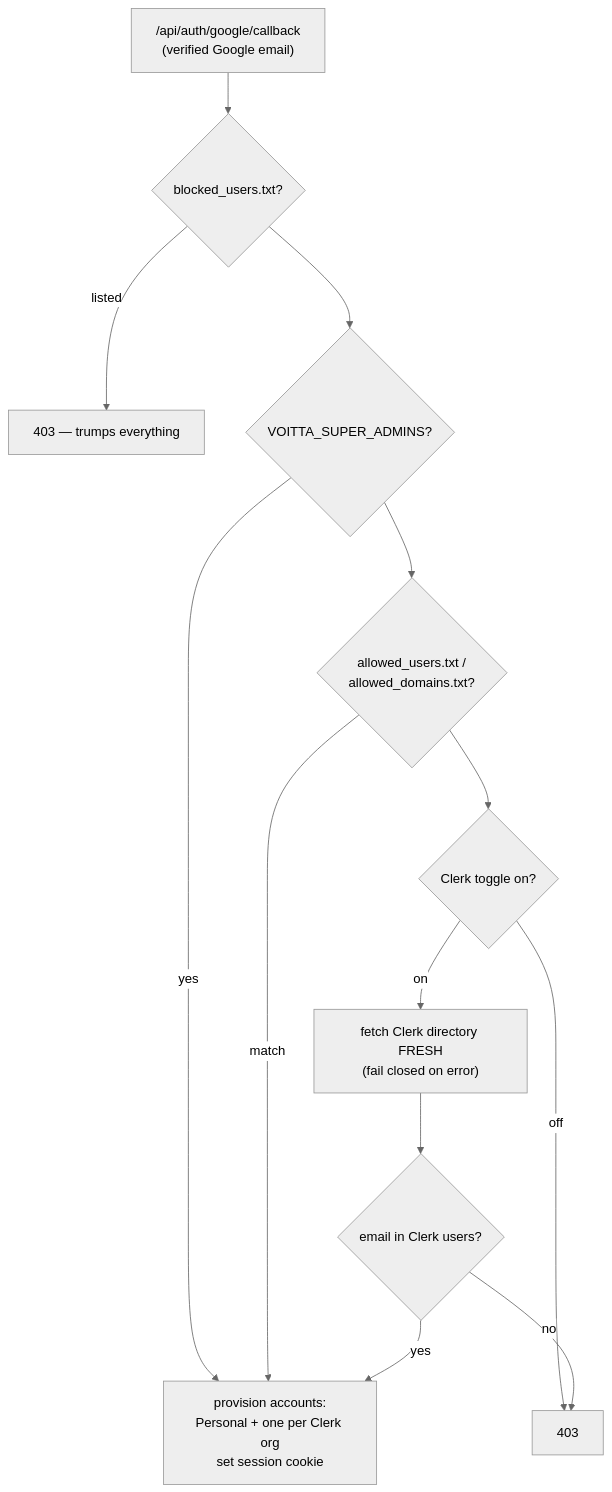
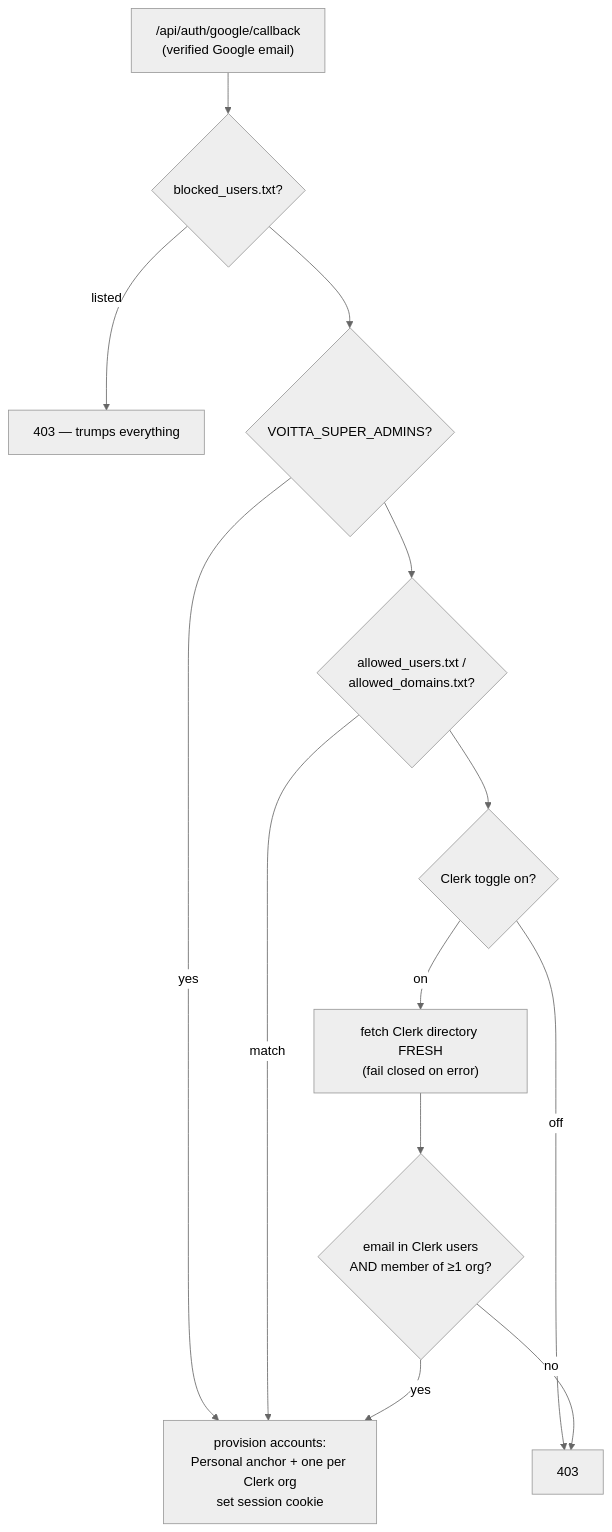
Before and after one commit to voitta-ai/voitta-rag-enterprise: diagram 12 of 21 in docs/OPERATIONS.md, drawn with Mermaid (neutral theme). The commit also changed other lines of this file and 4 other files, not shown here.

First line of the commit message:
feat(accounts): Clerk users operate via org accounts only; Personal offered to native users

````diff
--- a/docs/OPERATIONS.md
+++ b/docs/OPERATIONS.md
@@ -704,15 +713,15 @@
 ```mermaid
 flowchart TB
     CB["/api/auth/google/callback<br/>(verified Google email)"] --> BL{"blocked_users.txt?"}
     BL -->|listed| DENY["403 — trumps everything"]
     BL --> SA{"VOITTA_SUPER_ADMINS?"}
     SA -->|yes| ADMIT
     SA --> NAT{"allowed_users.txt /<br/>allowed_domains.txt?"}
     NAT -->|match| ADMIT
     NAT --> CK{"Clerk toggle on?"}
     CK -->|off| DENY2["403"]
     CK -->|on| FETCH["fetch Clerk directory FRESH<br/>(fail closed on error)"]
-    FETCH --> M{"email in Clerk users?"}
-    M -->|yes| ADMIT["provision accounts:<br/>Personal + one per Clerk org<br/>set session cookie"]
+    FETCH --> M{"email in Clerk users<br/>AND member of ≥1 org?"}
+    M -->|yes| ADMIT["provision accounts:<br/>Personal anchor + one per Clerk org<br/>set session cookie"]
     M -->|no| DENY2
 ```
````
